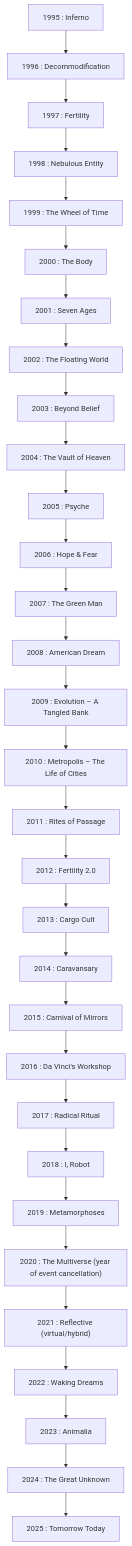
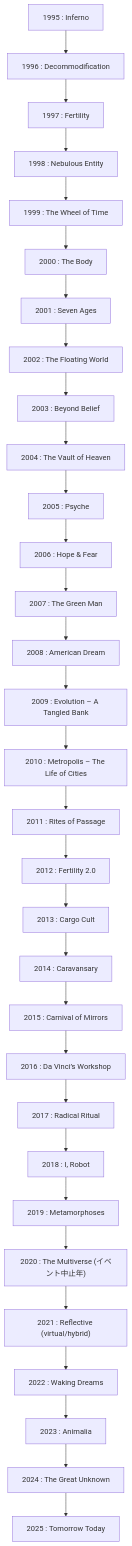
Before and after one commit to monumental-movement/monumental-movement.github.io: the diagram in en/_posts/2025-09-28-Column-Burningman.md, drawn with Mermaid. The commit also changed other lines of this file and 1724 other files, not shown here.

```diff
--- a/en/_posts/2025-09-28-Column-Burningman.md
+++ b/en/_posts/2025-09-28-Column-Burningman.md
@@ -122,34 +137,34 @@
 <div class="mermaid">
 flowchart TD
-A1995["1995 : Inferno"] --> A1996["1996 : Decommodification"]
-A1996 --> A1997["1997 : Fertility"]
-A1997 --> A1998["1998 : Nebulous Entity"]
-A1998 --> A1999["1999 : The Wheel of Time"]
-A1999 --> A2000["2000 : The Body"]
-A2000 --> A2001["2001 : Seven Ages"]
-A2001 --> A2002["2002 : The Floating World"]
-A2002 --> A2003["2003 : Beyond Belief"]
-A2003 --> A2004["2004 : The Vault of Heaven"]
-A2004 --> A2005["2005 : Psyche"]
-A2005 --> A2006["2006 : Hope & Fear"]
-A2006 --> A2007["2007 : The Green Man"]
-A2007 --> A2008["2008 : American Dream"]
-A2008 --> A2009["2009 : Evolution – A Tangled Bank"]
-A2009 --> A2010["2010 : Metropolis – The Life of Cities"]
-A2010 --> A2011["2011 : Rites of Passage"]
-A2011 --> A2012["2012 : Fertility 2.0"]
-A2012 --> A2013["2013 : Cargo Cult"]
-A2013 --> A2014["2014 : Caravansary"]
-A2014 --> A2015["2015 : Carnival of Mirrors"]
-A2015 --> A2016["2016 : Da Vinci's Workshop"]
-A2016 --> A2017["2017 : Radical Ritual"]
-A2017 --> A2018["2018 : I, Robot"]
-A2018 --> A2019["2019 : Metamorphoses"]
-A2019 --> A2020["2020 : The Multiverse (year of event cancellation)"]
-A2020 --> A2021["2021 : Reflective (virtual/hybrid)"]
-A2021 --> A2022["2022 : Waking Dreams"]
-A2022 --> A2023["2023 : Animalia"]
-A2023 --> A2024["2024 : The Great Unknown"]
-A2024 --> A2025["2025 : Tomorrow Today"]
+    A1995["1995 : Inferno"] --> A1996["1996 : Decommodification"]
+    A1996 --> A1997["1997 : Fertility"]
+    A1997 --> A1998["1998 : Nebulous Entity"]
+    A1998 --> A1999["1999 : The Wheel of Time"]
+    A1999 --> A2000["2000 : The Body"]
+    A2000 --> A2001["2001 : Seven Ages"]
+    A2001 --> A2002["2002 : The Floating World"]
+    A2002 --> A2003["2003 : Beyond Belief"]
+    A2003 --> A2004["2004 : The Vault of Heaven"]
+    A2004 --> A2005["2005 : Psyche"]
+    A2005 --> A2006["2006 : Hope & Fear"]
+    A2006 --> A2007["2007 : The Green Man"]
+    A2007 --> A2008["2008 : American Dream"]
+    A2008 --> A2009["2009 : Evolution – A Tangled Bank"]
+    A2009 --> A2010["2010 : Metropolis – The Life of Cities"]
+    A2010 --> A2011["2011 : Rites of Passage"]
+    A2011 --> A2012["2012 : Fertility 2.0"]
+    A2012 --> A2013["2013 : Cargo Cult"]
+    A2013 --> A2014["2014 : Caravansary"]
+    A2014 --> A2015["2015 : Carnival of Mirrors"]
+    A2015 --> A2016["2016 : Da Vinci’s Workshop"]
+    A2016 --> A2017["2017 : Radical Ritual"]
+    A2017 --> A2018["2018 : I, Robot"]
+    A2018 --> A2019["2019 : Metamorphoses"]
+    A2019 --> A2020["2020 : The Multiverse (イベント中止年)"]
+    A2020 --> A2021["2021 : Reflective (virtual/hybrid)"]
+    A2021 --> A2022["2022 : Waking Dreams"]
+    A2022 --> A2023["2023 : Animalia"]
+    A2023 --> A2024["2024 : The Great Unknown"]
+    A2024 --> A2025["2025 : Tomorrow Today"]
 
 </div>
```
